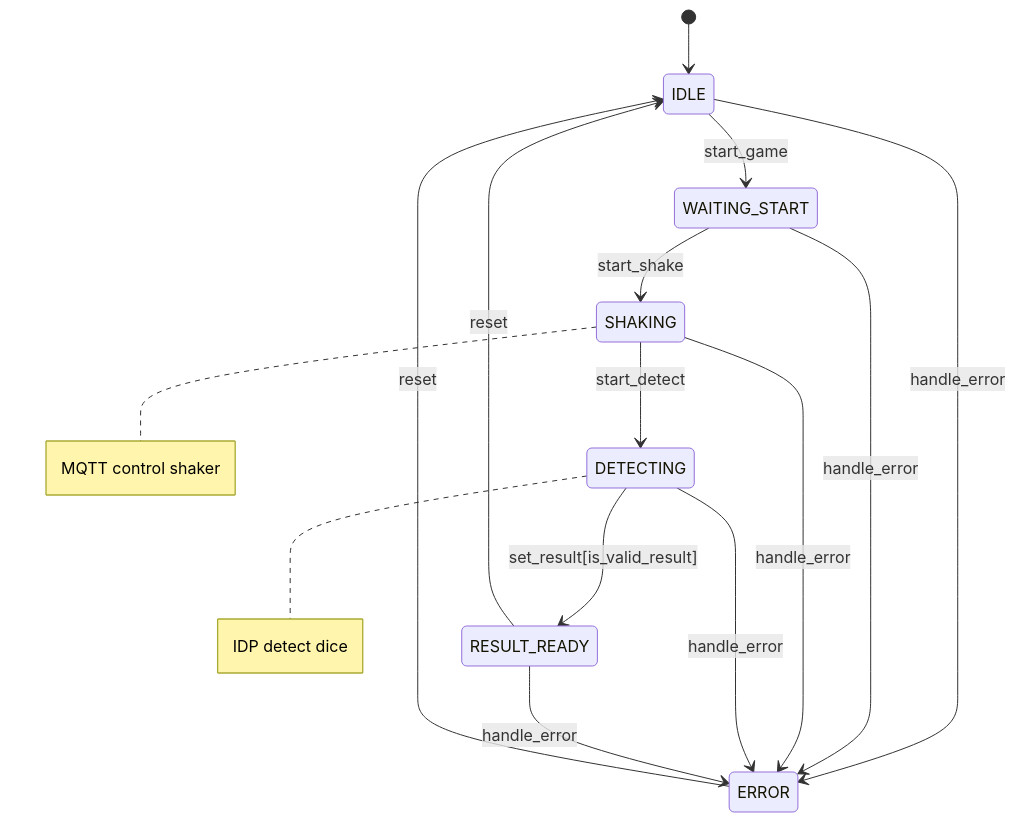
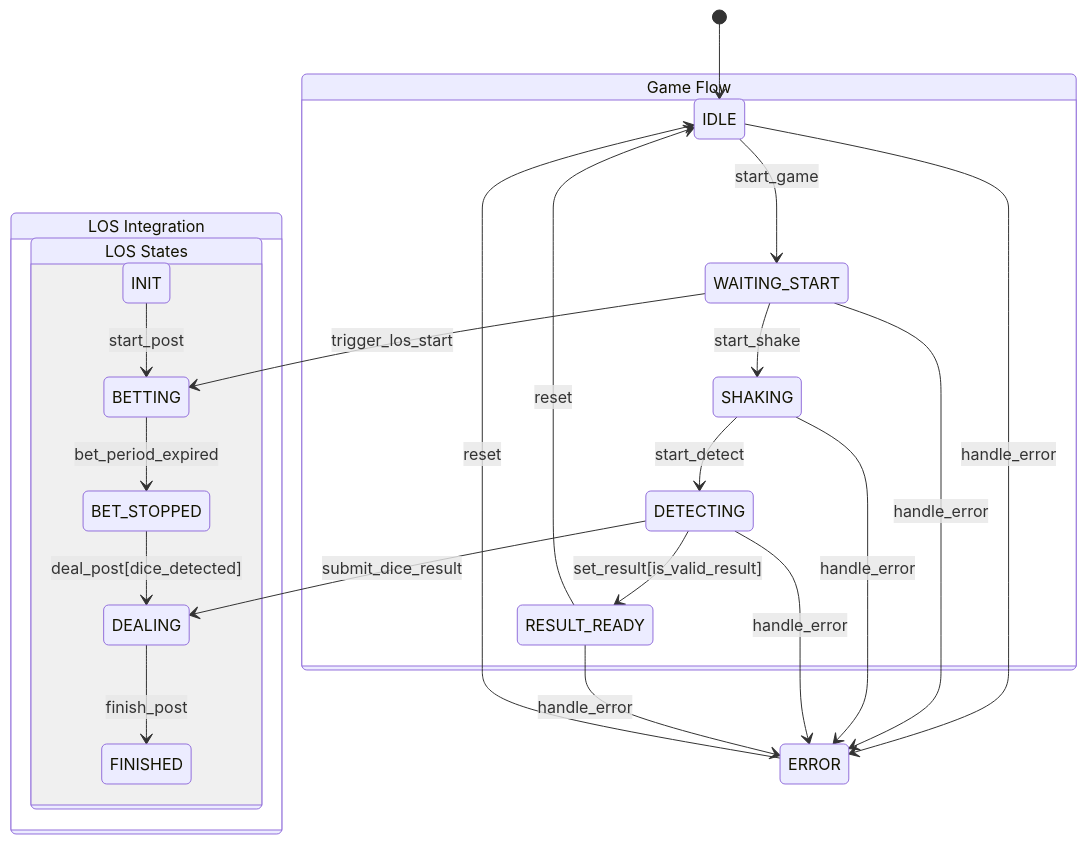
One commit to ikigai-kevin-k/studio-sdp-mirror changed the third of 6 diagrams in src/refactor/README.md. Above: the diagram before and after it, drawn with Mermaid. The commit also changed other lines of this file, not shown here.

Commit message:
x2,x5,los  describtion

````diff
--- a/src/refactor/README.md
+++ b/src/refactor/README.md
@@ -60,25 +86,32 @@
 ```mermaid
 stateDiagram-v2
     [*] --> IDLE
-    IDLE --> WAITING_START: start_game
-    WAITING_START --> SHAKING: start_shake
-    SHAKING --> DETECTING: start_detect
-    DETECTING --> RESULT_READY: set_result[is_valid_result]
-    RESULT_READY --> IDLE: reset
+    
+    state "Game Flow" as GF {
+        IDLE --> WAITING_START: start_game
+        WAITING_START --> SHAKING: start_shake
+        SHAKING --> DETECTING: start_detect
+        DETECTING --> RESULT_READY: set_result[is_valid_result]
+        RESULT_READY --> IDLE: reset
+    }
+    
+    state "LOS Integration" as LOS {
+        state "LOS States" as LS {
+            INIT --> BETTING: start_post
+            BETTING --> BET_STOPPED: bet_period_expired
+            BET_STOPPED --> DEALING: deal_post[dice_detected]
+            DEALING --> FINISHED: finish_post
+        }
+    }
+    
+    WAITING_START --> BETTING: trigger_los_start
+    DETECTING --> DEALING: submit_dice_result
     
     state ERROR
     IDLE --> ERROR: handle_error
     WAITING_START --> ERROR: handle_error
     SHAKING --> ERROR: handle_error
     DETECTING --> ERROR: handle_error
     RESULT_READY --> ERROR: handle_error
     ERROR --> IDLE: reset
-    
-    note right of SHAKING
-        MQTT control shaker
-    end note
-    
-    note right of DETECTING
-        IDP detect dice
-    end note
 ```
````
